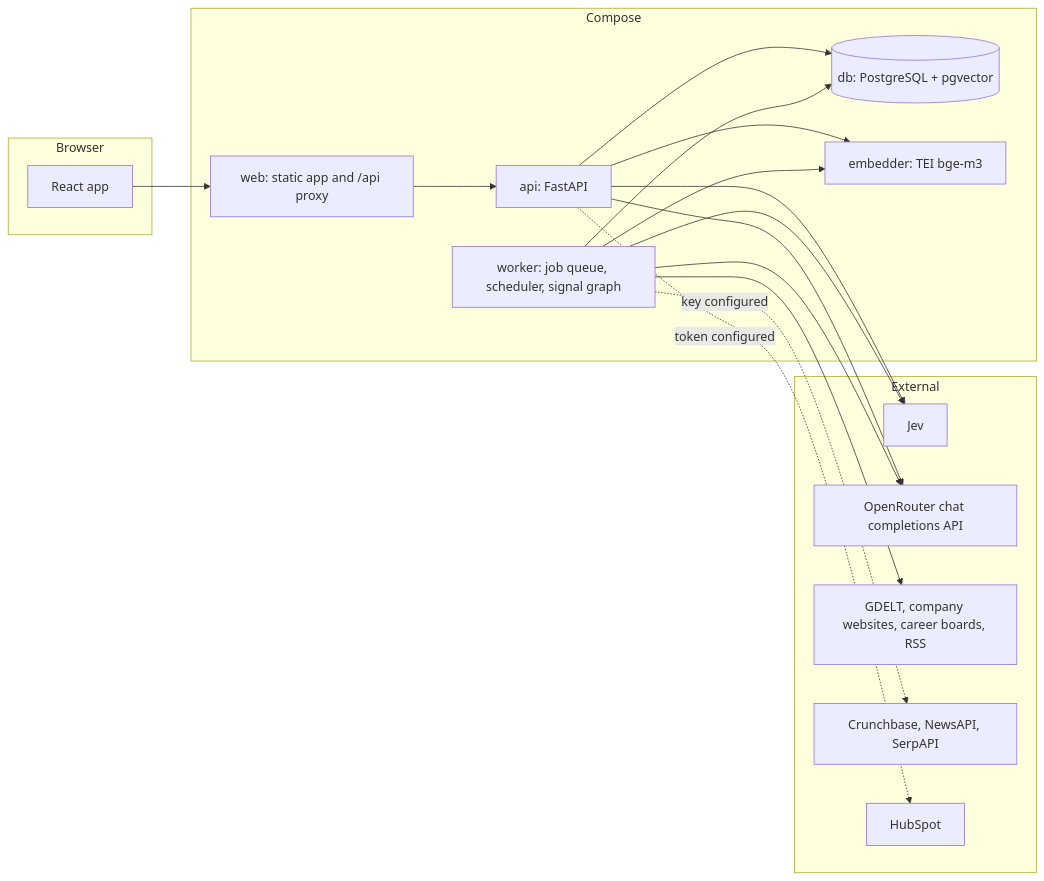
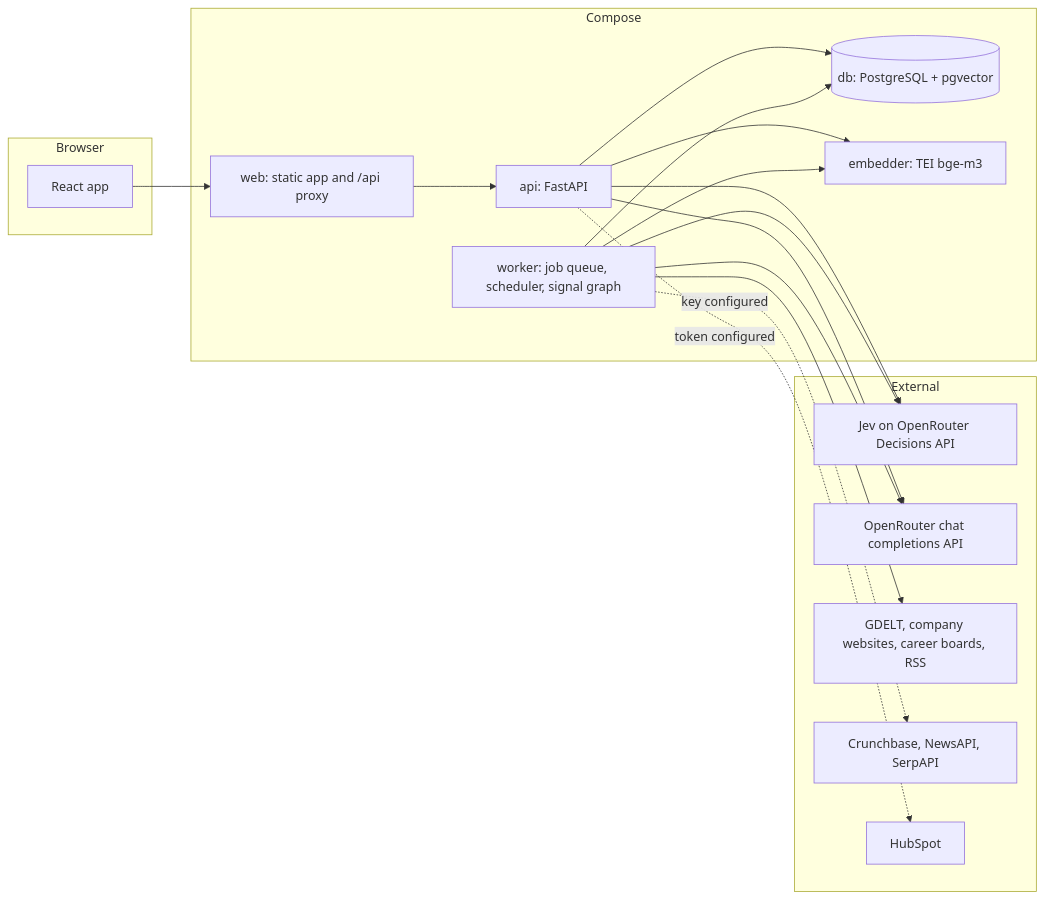
Before and after one commit to Nichita111/OrangeLeadRadar: the diagram in docs/architecture/overview.md, drawn with Mermaid. The commit also changed 8 other files, not shown here.

First line of the commit message:
docs(signal-pipeline): call Jev through OpenRouter, define complexity levels, rescore on import

````diff
--- a/docs/architecture/overview.md
+++ b/docs/architecture/overview.md
@@ -34,32 +34,32 @@
 ```mermaid
 flowchart LR
   subgraph Browser
     SPA[React app]
   end
   subgraph Compose
     WEB[web: static app and /api proxy]
     API[api: FastAPI]
     WRK[worker: job queue, scheduler, signal graph]
     DB[(db: PostgreSQL + pgvector)]
     EMB[embedder: TEI bge-m3]
   end
   subgraph External
-    JEV[Jev]
+    JEV[Jev on OpenRouter Decisions API]
     ANT[OpenRouter chat completions API]
     SRC[GDELT, company websites, career boards, RSS]
     PAID[Crunchbase, NewsAPI, SerpAPI]
     HUB[HubSpot]
   end
   SPA --> WEB --> API
   API --> DB
   WRK --> DB
   API --> EMB
   WRK --> EMB
   API --> JEV
   API --> ANT
   WRK --> JEV
   WRK --> ANT
   WRK --> SRC
   WRK -. key configured .-> PAID
   API -. token configured .-> HUB
 ```
````
